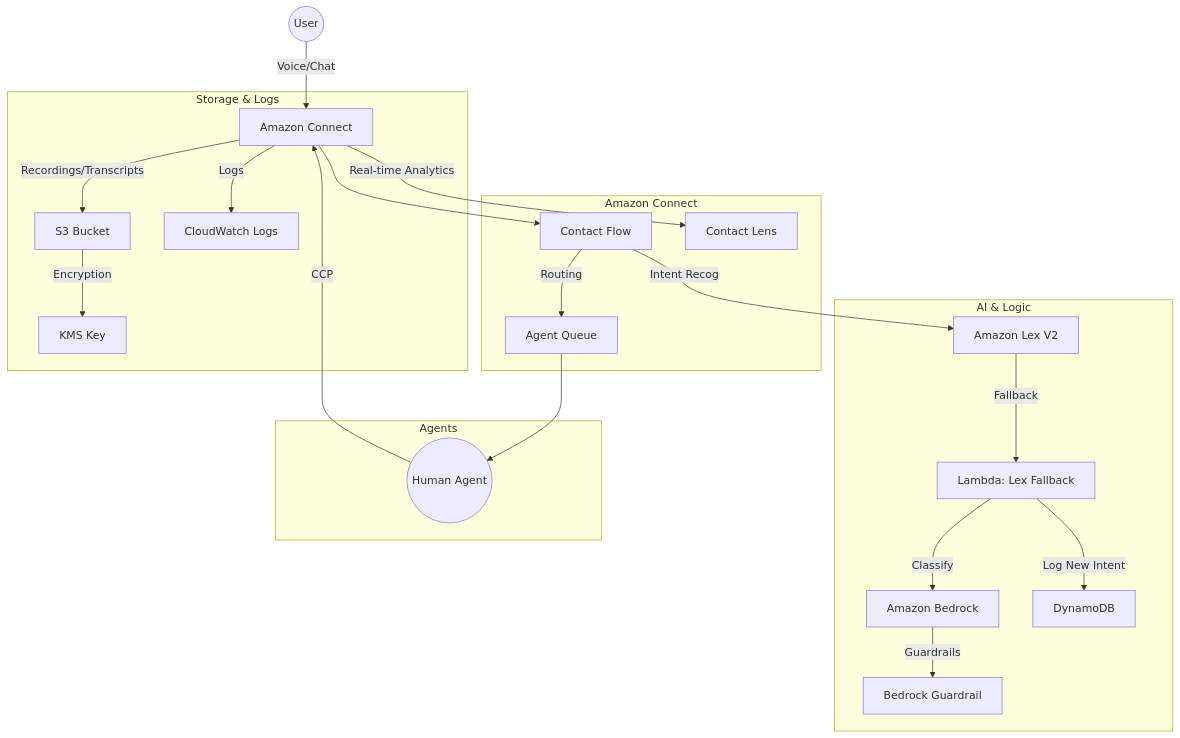
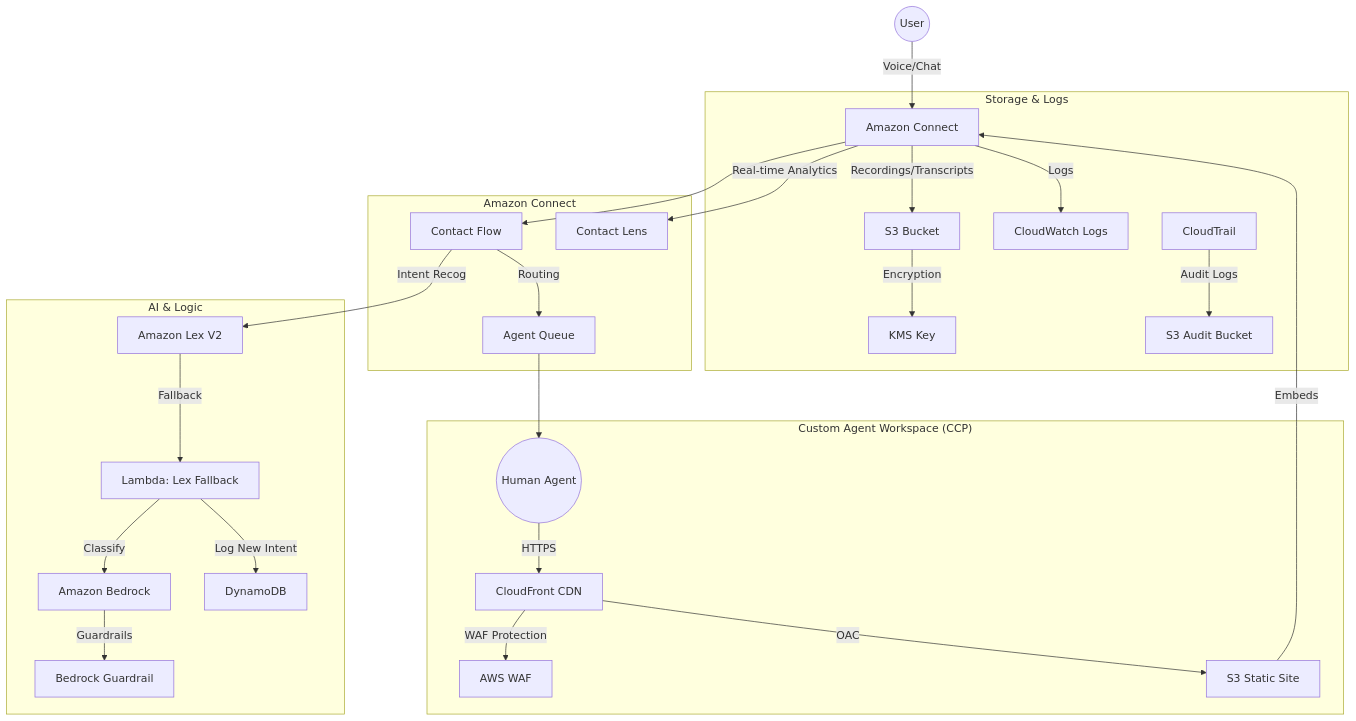
Before and after one commit to alokkulkarni/awsTfElements: the diagram in connect_comprehensive_stack/ARCHITECTURE.md, drawn with Mermaid. The commit also changed other lines of this file and 23 other files, not shown here.

````diff
--- a/connect_comprehensive_stack/ARCHITECTURE.md
+++ b/connect_comprehensive_stack/ARCHITECTURE.md
@@ -7,34 +7,38 @@
 ```mermaid
 graph TD
     User((User)) -->|Voice/Chat| Connect[Amazon Connect]
     
     subgraph "Amazon Connect"
         Flow[Contact Flow]
         Queue[Agent Queue]
         Lens[Contact Lens]
     end
     
     Connect --> Flow
     Flow -->|Intent Recog| Lex[Amazon Lex V2]
     Flow -->|Routing| Queue
     Connect -->|Real-time Analytics| Lens
     
     subgraph "AI & Logic"
         Lex -->|Fallback| LambdaFallback[Lambda: Lex Fallback]
         LambdaFallback -->|Classify| Bedrock[Amazon Bedrock]
         Bedrock -->|Guardrails| Guardrail[Bedrock Guardrail]
         LambdaFallback -->|Log New Intent| DynamoDB[DynamoDB]
     end
     
     subgraph "Storage & Logs"
         Connect -->|Recordings/Transcripts| S3[S3 Bucket]
         Connect -->|Logs| CloudWatch[CloudWatch Logs]
         S3 -->|Encryption| KMS[KMS Key]
+        CloudTrail[CloudTrail] -->|Audit Logs| S3Audit[S3 Audit Bucket]
     end
     
-    subgraph "Agents"
-        Agent((Human Agent)) -->|CCP| Connect
+    subgraph "Custom Agent Workspace (CCP)"
+        Agent((Human Agent)) -->|HTTPS| CloudFront[CloudFront CDN]
+        CloudFront -->|WAF Protection| WAF[AWS WAF]
+        CloudFront -->|OAC| S3Site[S3 Static Site]
+        S3Site -->|Embeds| Connect
     end
 
     Queue --> Agent
 ```
````
